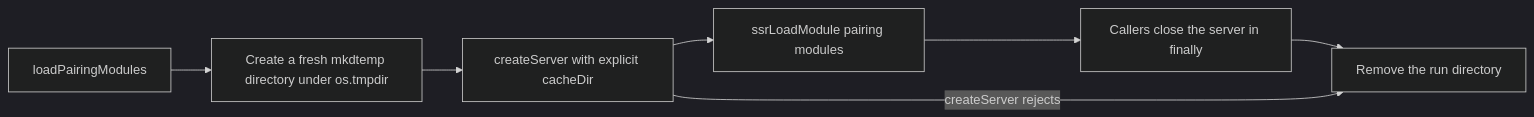
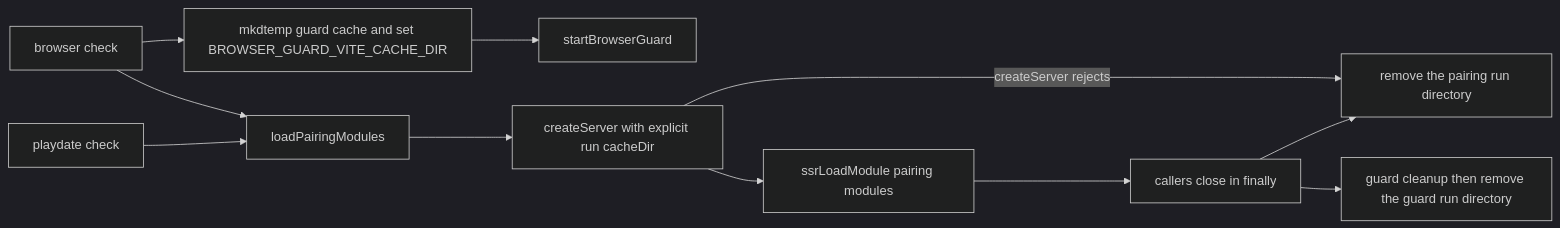
One commit to prime-radiant-inc/evener changed the diagram in docs/superpowers/specs/2026-10-25-issue-4482-pairing-vite-cache.md. Above: the diagram before and after it, drawn with Mermaid (dark theme). The commit also changed other lines of this file and 3 other files, not shown here.

First line of the commit message:
fix(web): cache pairing Vite runs outside shared node_modules

````diff
--- a/docs/superpowers/specs/2026-10-25-issue-4482-pairing-vite-cache.md
+++ b/docs/superpowers/specs/2026-10-25-issue-4482-pairing-vite-cache.md
@@ -37,9 +56,13 @@
 ```mermaid
 flowchart LR
-    A[loadPairingModules] --> B[Create a fresh mkdtemp directory under os.tmpdir]
-    B --> C[createServer with explicit cacheDir]
-    C --> D[ssrLoadModule pairing modules]
-    D --> E[Callers close the server in finally]
-    E --> F[Remove the run directory]
-    C -->|createServer rejects| F
+    A[playdate check] --> C[loadPairingModules]
+    B[browser check] --> C
+    B --> D[mkdtemp guard cache and set BROWSER_GUARD_VITE_CACHE_DIR]
+    D --> E[startBrowserGuard]
+    C --> F[createServer with explicit run cacheDir]
+    F --> G[ssrLoadModule pairing modules]
+    G --> H[callers close in finally]
+    H --> I[remove the pairing run directory]
+    H --> J[guard cleanup then remove the guard run directory]
+    F -->|createServer rejects| I
 ```
````
